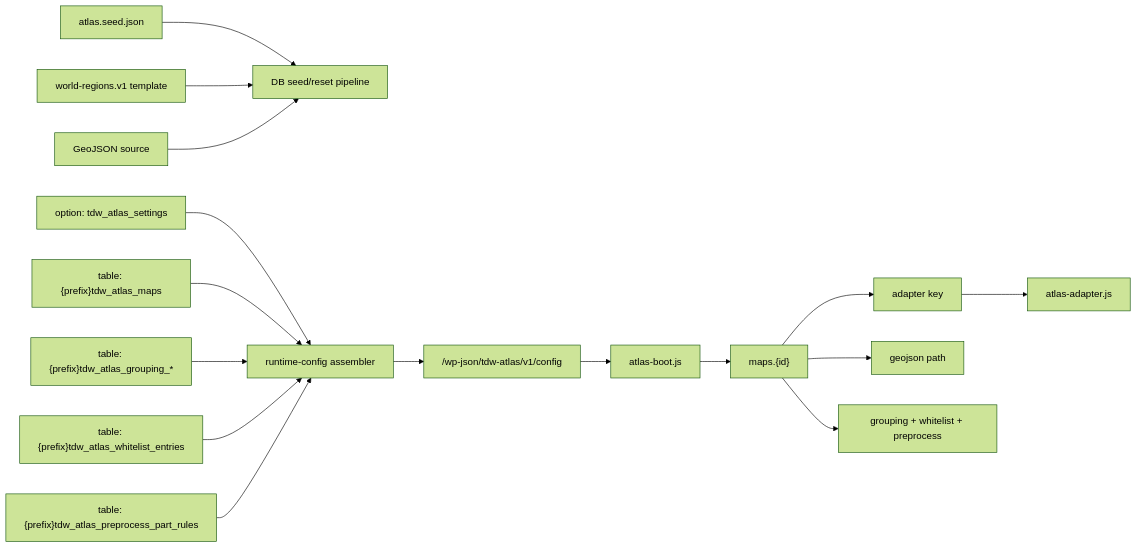
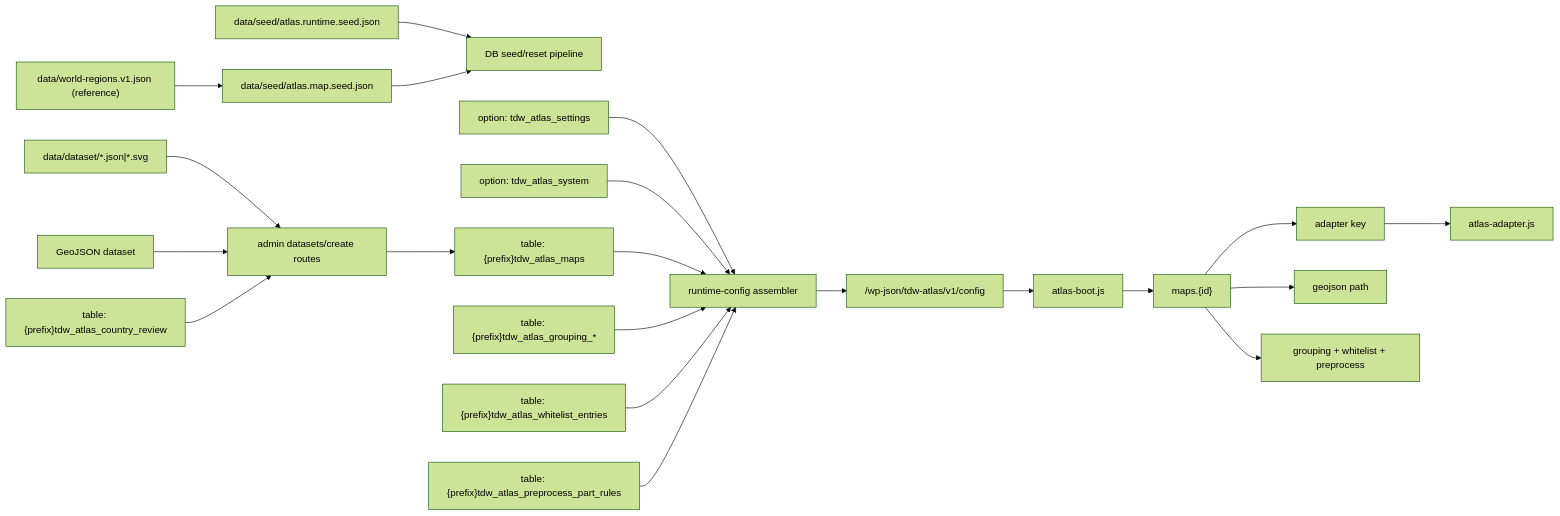
One commit to Exc3pti0n123/tdw-atlas-engine changed the diagram in docs/diagrams/config-dataflow.md. Above: the diagram before and after it, drawn with Mermaid (forest theme). The commit also changed 45 other files, not shown here.

First line of the commit message:
feat(atlas-admin): deliver DB-backed admin GUI and hard-cut seed/dataset model

````diff
--- a/docs/diagrams/config-dataflow.md
+++ b/docs/diagrams/config-dataflow.md
@@ -3,18 +3,23 @@
 ```mermaid
 flowchart LR
-  JSON["atlas.seed.json"] --> SEED["DB seed/reset pipeline"]
-  TPL["world-regions.v1 template"] --> SEED
-  GEO["GeoJSON source"] --> SEED
+  JSONR["data/seed/atlas.runtime.seed.json"] --> SEED["DB seed/reset pipeline"]
+  JSONM["data/seed/atlas.map.seed.json"] --> SEED
+  DS["data/dataset/*.json|*.svg"] --> ADMINAPI["admin datasets/create routes"]
+  TPL["data/world-regions.v1.json (reference)"] --> JSONM
+  GEO["GeoJSON dataset"] --> ADMINAPI
   O1["option: tdw_atlas_settings"] --> RC["runtime-config assembler"]
+  O2["option: tdw_atlas_system"] --> RC
   T1["table: {prefix}tdw_atlas_maps"] --> RC
+  ADMINAPI --> T1
   T2["table: {prefix}tdw_atlas_grouping_*"] --> RC
   T3["table: {prefix}tdw_atlas_whitelist_entries"] --> RC
   T4["table: {prefix}tdw_atlas_preprocess_part_rules"] --> RC
+  T5["table: {prefix}tdw_atlas_country_review"] --> ADMINAPI
   RC --> REST["/wp-json/tdw-atlas/v1/config"]
   REST --> BOOT["atlas-boot.js"]
   BOOT --> MAP["maps.{id}"]
   MAP --> ADPKEY["adapter key"]
   MAP --> GEO2["geojson path"]
   MAP --> META["grouping + whitelist + preprocess"]
   ADPKEY --> AF["atlas-adapter.js"]
 ```
````
